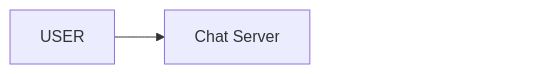
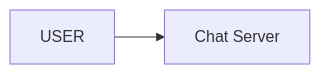
One commit to ArpanMaheshwari144/Prep changed the first of 12 diagrams in 04_HLD/SYSTEM_DESIGNS/14_chat_messaging/14_chat_messaging.md. Above: the diagram before and after it, drawn with Mermaid. The commit also changed other lines of this file and 182 other files, not shown here.

Commit message:
hld 14 file: har diagram mermaid-cli se SVG image (source details me), n_pad hataya, render tool 04_HLD/tools

````diff
--- a/04_HLD/SYSTEM_DESIGNS/14_chat_messaging/14_chat_messaging.md
+++ b/04_HLD/SYSTEM_DESIGNS/14_chat_messaging/14_chat_messaging.md
@@ -97,10 +101,7 @@
 ```mermaid
 %%{init: {"flowchart": {"wrappingWidth": 450}}}%%
 flowchart LR
     n_USER["USER"]
     n_CS["Chat Server"]
     n_USER --> n_CS
-    n_pad["xxxxxxxxxxxxxxxx"]
-    n_CS ~~~ n_pad
-    style n_pad fill:none,stroke:none,color:#ffffff00
 ```
````
